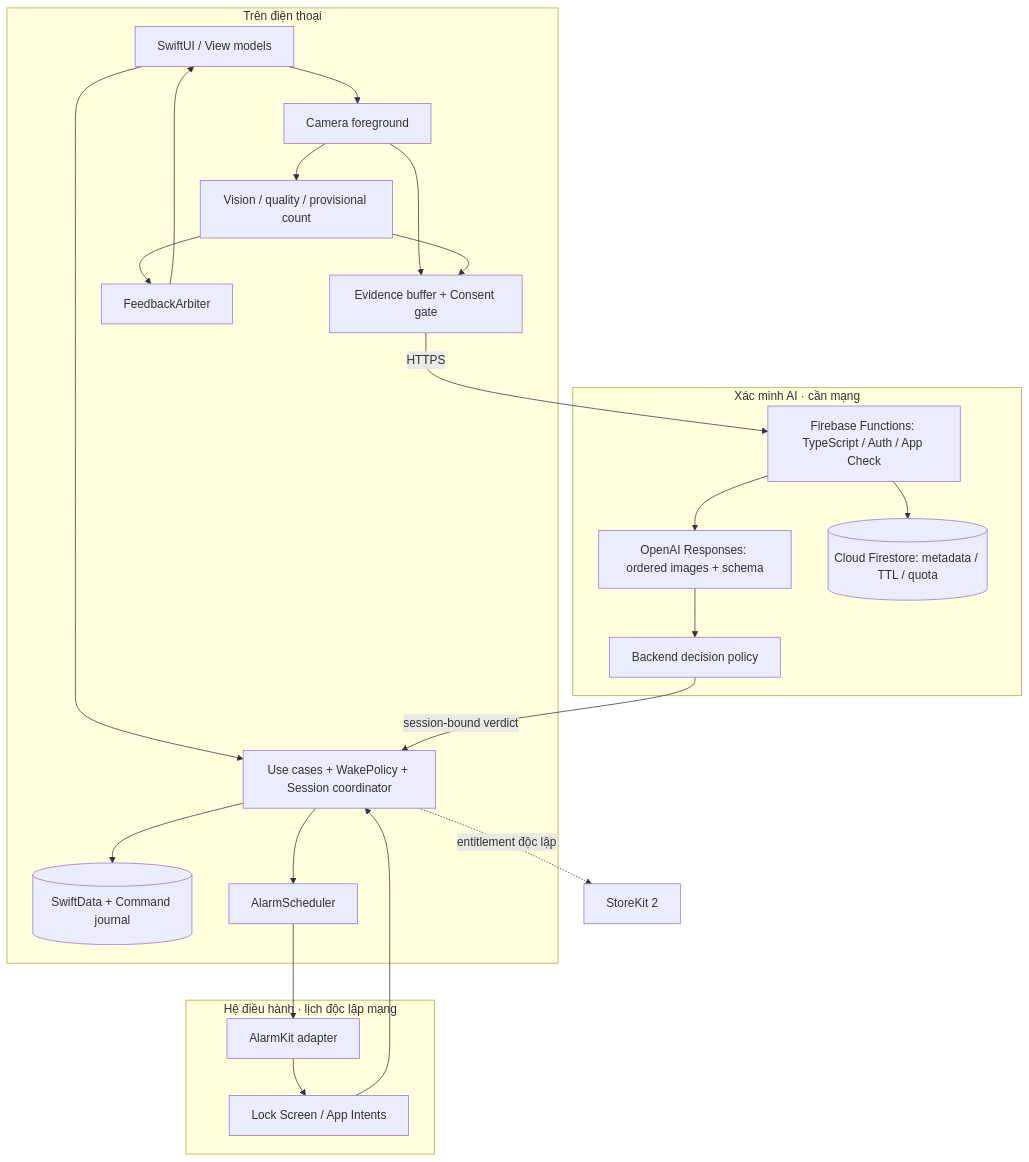
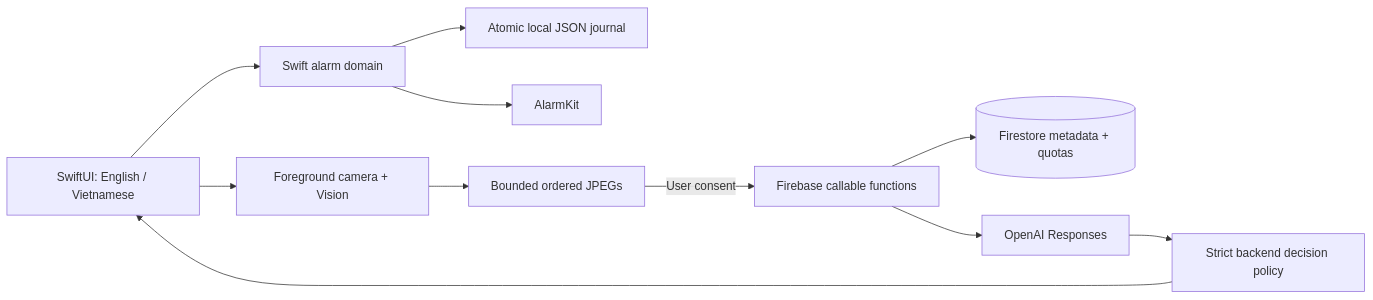
The first of 2 diagrams in docs/ARCHITECTURE.md (thanhdanh/HiMorning), drawn with Mermaid before and after one commit. The commit also changed other lines of this file and 14 other files, not shown here.

First line of the commit message:
docs: GREEN bilingual UI evidence and clear English project guides

````diff
--- a/docs/ARCHITECTURE.md
+++ b/docs/ARCHITECTURE.md
@@ -18,35 +12,13 @@
 ```mermaid
-flowchart TB
-  subgraph APP[Trên điện thoại]
-    UI[SwiftUI / View models]
-    USE[Use cases + WakePolicy + Session coordinator]
-    DB[(SwiftData + Command journal)]
-    SCHED[AlarmScheduler]
-    CAMERA[Camera foreground]
-    POSE[Vision / quality / provisional count]
-    EVIDENCE[Evidence buffer + Consent gate]
-    FEEDBACK[FeedbackArbiter]
-    UI --> USE --> DB
-    USE --> SCHED
-    UI --> CAMERA --> POSE --> FEEDBACK --> UI
-    CAMERA --> EVIDENCE
-    POSE --> EVIDENCE
-  end
-  subgraph OS[Hệ điều hành · lịch độc lập mạng]
-    ADAPTER[AlarmKit adapter]
-    ALARM[Lock Screen / App Intents]
-    SCHED --> ADAPTER --> ALARM
-  end
-  ALARM --> USE
-  subgraph CLOUD[Xác minh AI · cần mạng]
-    API[Firebase Functions: TypeScript / Auth / App Check]
-    AI[OpenAI Responses: ordered images + schema]
-    DECISION[Backend decision policy]
-    META[(Cloud Firestore: metadata / TTL / quota)]
-    API --> AI --> DECISION
-    API --> META
-  end
-  EVIDENCE -->|HTTPS| API
-  DECISION -->|session-bound verdict| USE
-  USE -. entitlement độc lập .-> STORE[StoreKit 2]
+flowchart LR
+  UI[SwiftUI: English / Vietnamese] --> CORE[Swift alarm domain]
+  CORE --> JOURNAL[Atomic local JSON journal]
+  CORE --> OS[AlarmKit]
+  UI --> CAMERA[Foreground camera + Vision]
+  CAMERA --> EVIDENCE[Bounded ordered JPEGs]
+  EVIDENCE -->|User consent| FN[Firebase callable functions]
+  FN --> DB[(Firestore metadata + quotas)]
+  FN --> AI[OpenAI Responses]
+  AI --> POLICY[Strict backend decision policy]
+  POLICY --> UI
 ```
````
